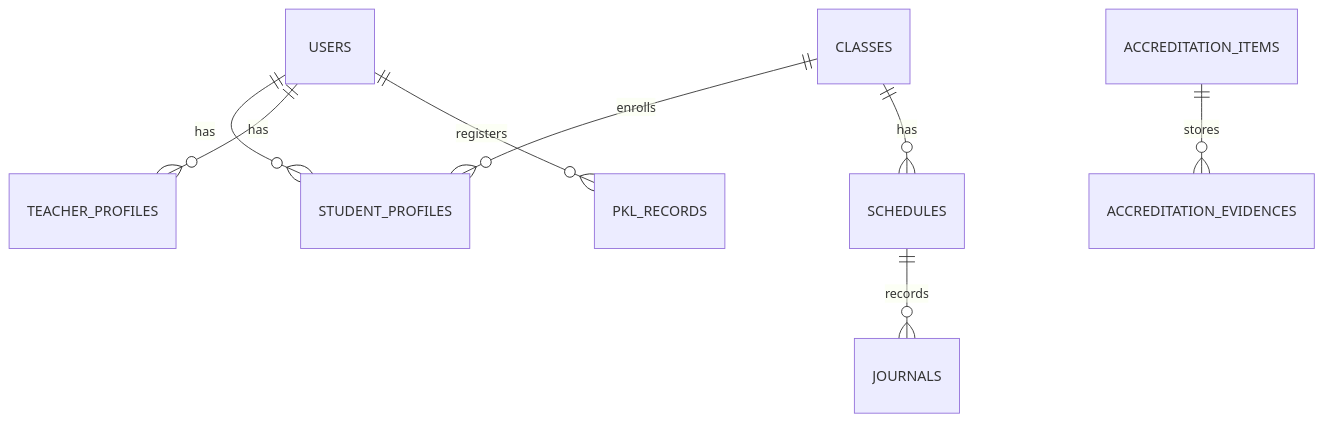
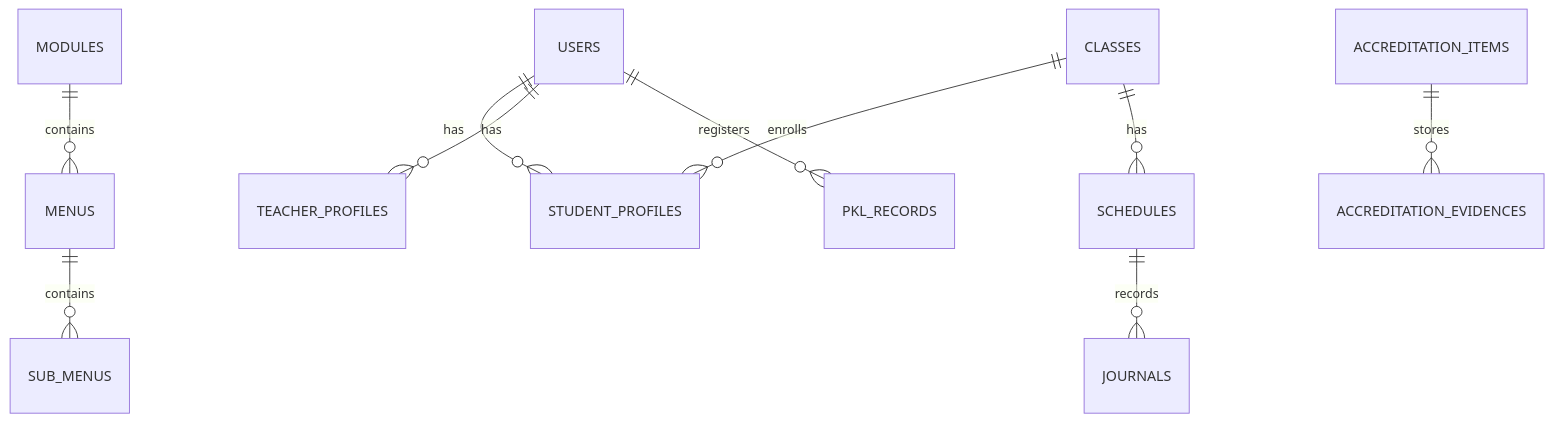
The second of 2 diagrams in detail/DESIGN.md (gh4ni404/infora_project), drawn with Mermaid before and after one commit. The commit also changed other lines of this file and 3 other files, not shown here.

Commit message:
docs: update changelog, roadmap, and design specs with system menu CRUD and dynamic sidebar

````diff
--- a/detail/DESIGN.md
+++ b/detail/DESIGN.md
@@ -130,10 +130,12 @@
 ```mermaid
 erDiagram
+    MODULES ||--o{ MENUS : contains
+    MENUS ||--o{ SUB_MENUS : contains
     USERS ||--o{ STUDENT_PROFILES : has
     USERS ||--o{ TEACHER_PROFILES : has
     CLASSES ||--o{ STUDENT_PROFILES : enrolls
     CLASSES ||--o{ SCHEDULES : has
     SCHEDULES ||--o{ JOURNALS : records
     USERS ||--o{ PKL_RECORDS : registers
     ACCREDITATION_ITEMS ||--o{ ACCREDITATION_EVIDENCES : stores
 ```
````
